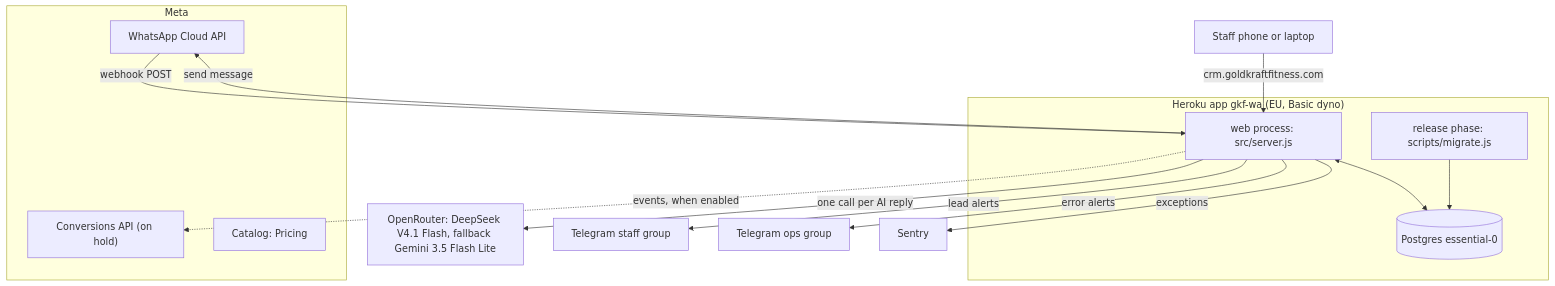
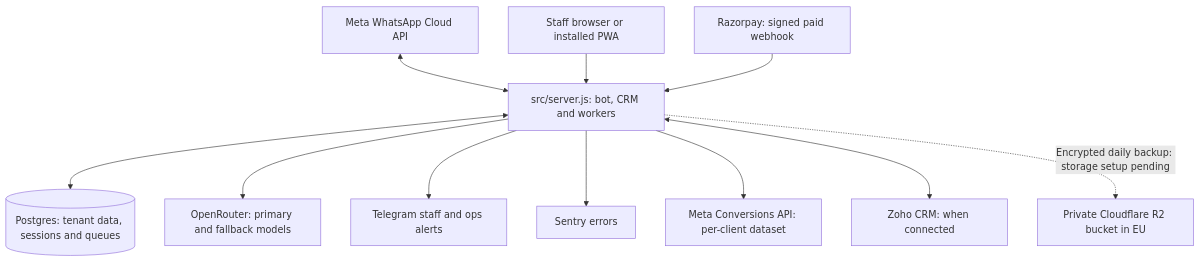
One commit to kaamilstudiesig/GKF-WA changed the second of 15 diagrams in docs/SYSTEM_MAP.md. Above: the diagram before and after it, drawn with Mermaid. The commit also changed other lines of this file, not shown here.

````diff
--- a/docs/SYSTEM_MAP.md
+++ b/docs/SYSTEM_MAP.md
@@ -29,29 +35,13 @@
 ```mermaid
 flowchart TB
-  subgraph Meta["Meta"]
-    WA["WhatsApp Cloud API"]
-    CAPI["Conversions API (on hold)"]
-    CAT["Catalog: Pricing"]
-  end
-  subgraph Heroku["Heroku app gkf-wa (EU, Basic dyno)"]
-    WEB["web process: src/server.js"]
-    REL["release phase: scripts/migrate.js"]
-    PG[("Postgres essential-0")]
-  end
-  OR["OpenRouter: DeepSeek V4.1 Flash, fallback Gemini 3.5 Flash Lite"]
-  TG1["Telegram staff group"]
-  TG2["Telegram ops group"]
-  SEN["Sentry"]
-  STAFF["Staff phone or laptop"]
-
-  WA -- "webhook POST" --> WEB
-  WEB -- "send message" --> WA
-  WEB -- "one call per AI reply" --> OR
-  WEB -- "lead alerts" --> TG1
-  WEB -- "error alerts" --> TG2
-  WEB -- "exceptions" --> SEN
-  WEB -. "events, when enabled" .-> CAPI
-  WEB <--> PG
-  REL --> PG
-  STAFF -- "crm.goldkraftfitness.com" --> WEB
+  META["Meta WhatsApp Cloud API"] <--> WEB["src/server.js: bot, CRM and workers"]
+  STAFF["Staff browser or installed PWA"] --> WEB
+  WEB <--> PG[("Postgres: tenant data, sessions and queues")]
+  WEB --> AI["OpenRouter: primary and fallback models"]
+  WEB --> TG["Telegram staff and ops alerts"]
+  WEB --> SEN["Sentry errors"]
+  WEB --> CAPI["Meta Conversions API: per-client dataset"]
+  WEB <--> ZOHO["Zoho CRM: when connected"]
+  PAY["Razorpay: signed paid webhook"] --> WEB
+  WEB -. "Encrypted daily backup: storage setup pending" .-> R2["Private Cloudflare R2 bucket in EU"]
 ```
````
